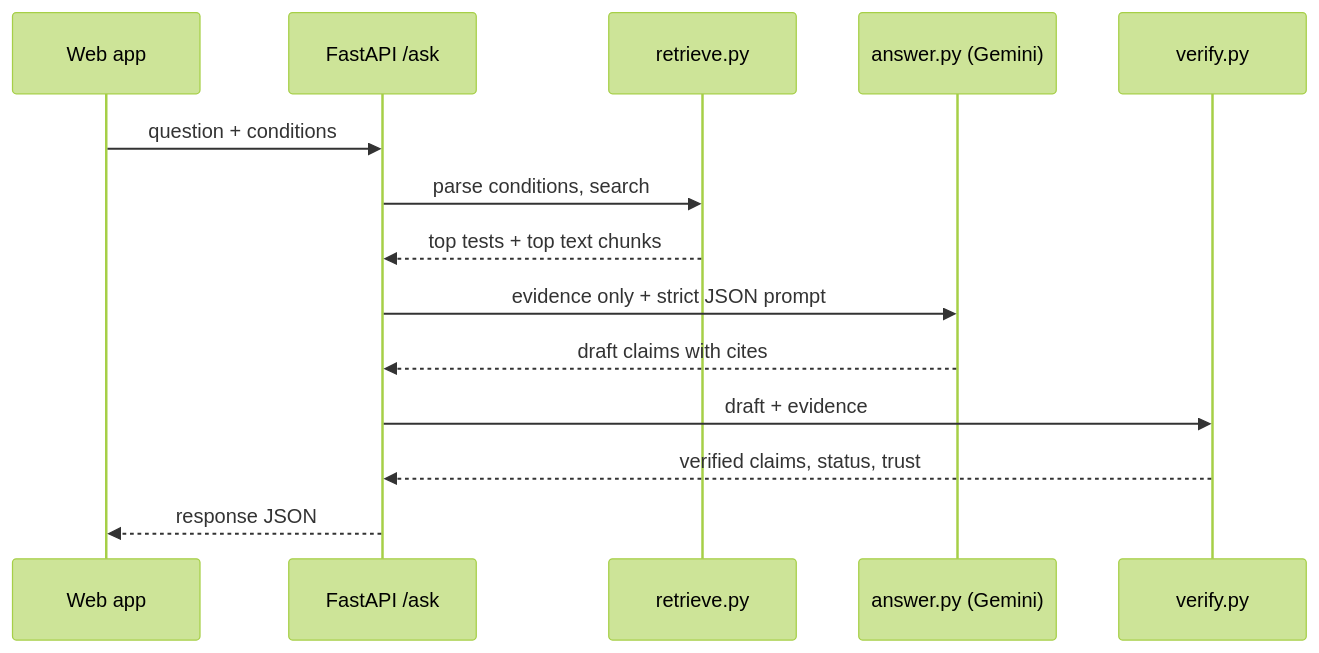
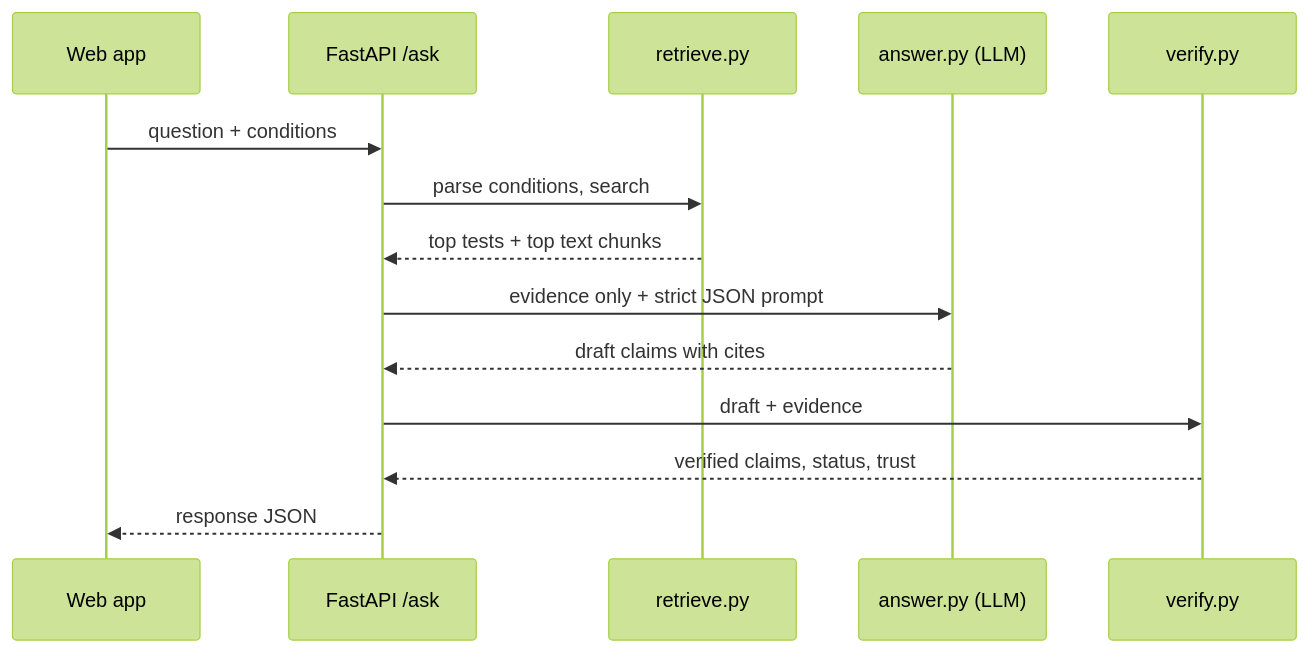
The second of 2 diagrams in ARCHITECTURE.md (ManeeshJupalle/Deep-Dish-Orbit), drawn with Mermaid (forest theme) before and after one commit. The commit also changed other lines of this file and 20 other files, not shown here.

````diff
--- a/ARCHITECTURE.md
+++ b/ARCHITECTURE.md
@@ -211,16 +211,16 @@
 ```mermaid
 sequenceDiagram
   participant U as Web app
   participant A as FastAPI /ask
   participant R as retrieve.py
-  participant G as answer.py (Gemini)
+  participant G as answer.py (LLM)
   participant V as verify.py
   U->>A: question + conditions
   A->>R: parse conditions, search
   R-->>A: top tests + top text chunks
   A->>G: evidence only + strict JSON prompt
   G-->>A: draft claims with cites
   A->>V: draft + evidence
   V-->>A: verified claims, status, trust
   A-->>U: response JSON
 ```
````
